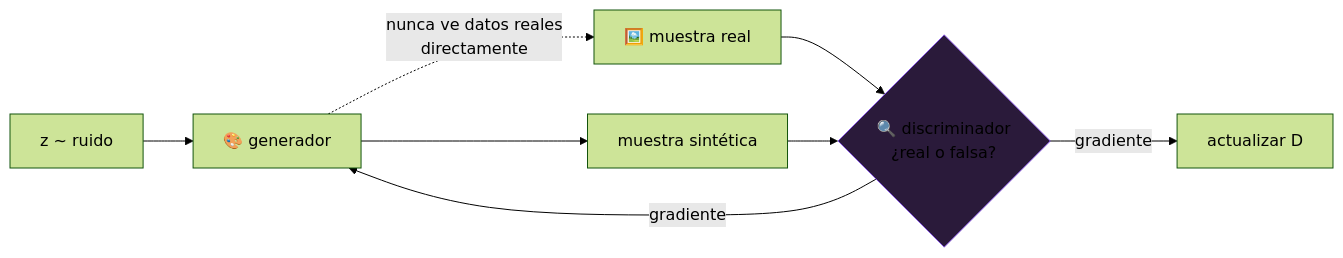
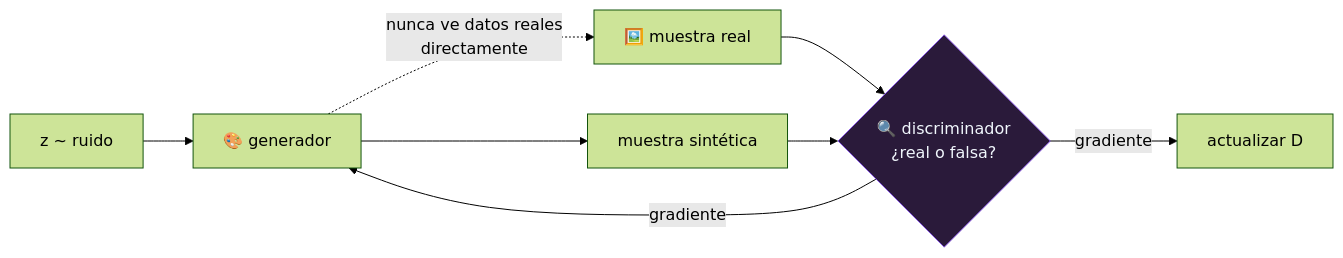
The diagram in papers/foundational/P39_gan/README.md (vladimiracunadev-create/artificial-intelligence-evolution-program), drawn with Mermaid (forest theme) before and after one commit. The commit also changed 27 other files, not shown here.

First line of the commit message:
Compilaciones: Windows en tres formatos y APK versionado; contraste de diagramas

````diff
--- a/papers/foundational/P39_gan/README.md
+++ b/papers/foundational/P39_gan/README.md
@@ -83,11 +83,11 @@
 ```mermaid
 flowchart LR
     Z["z ~ ruido"] --> G["🎨 generador"]
     G --> F["muestra sintética"]
     R["🖼️ muestra real"] --> D
     F --> D{"🔍 discriminador<br/>¿real o falsa?"}
     D -->|"gradiente"| G
     D -->|"gradiente"| D2["actualizar D"]
     G -.->|"nunca ve datos reales<br/>directamente"| R
-    style D fill:#2a1a3a,stroke:#8957e5
+    style D fill:#2a1a3a,stroke:#8957e5,color:#f0f6fc
 ```
````
